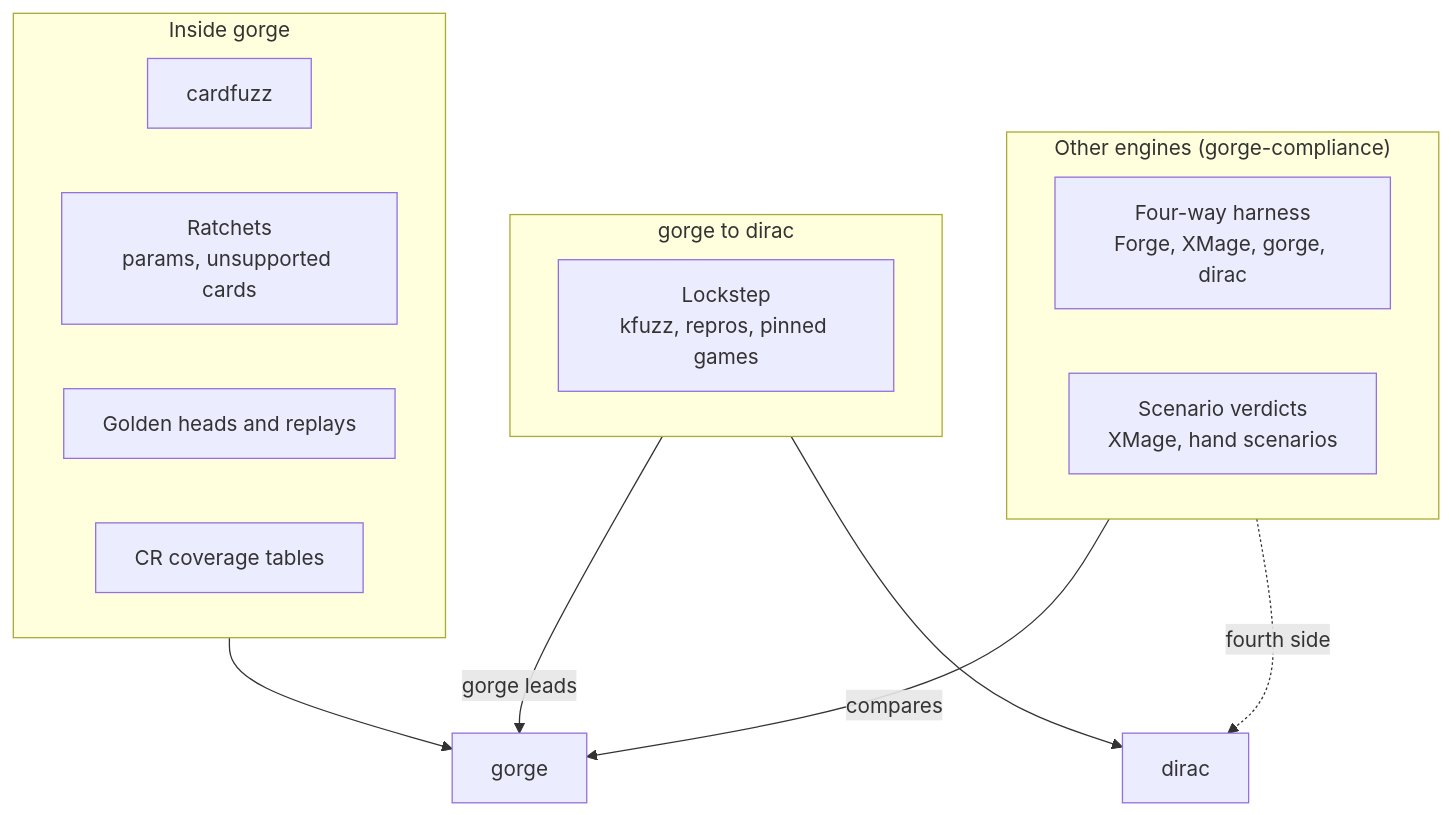
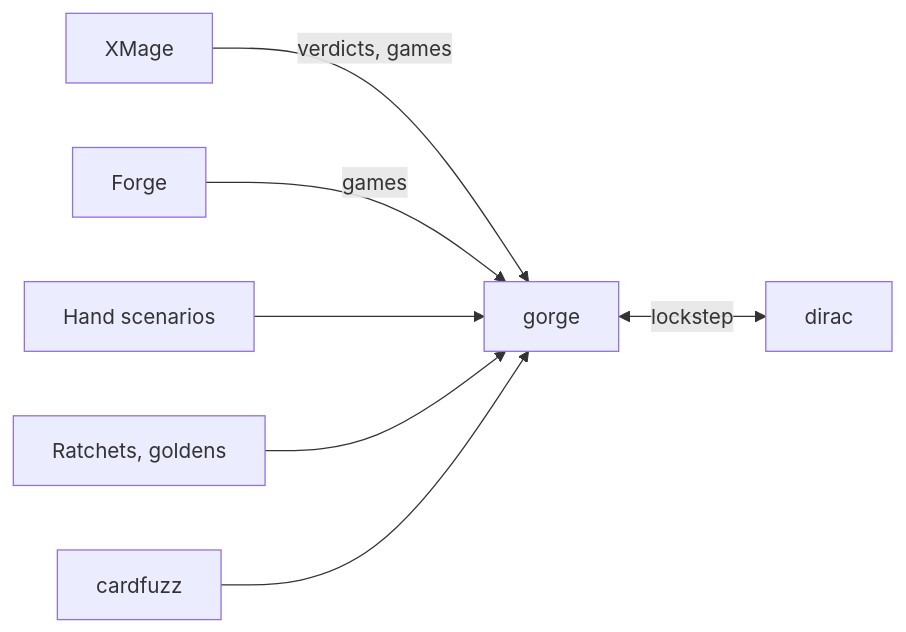
The diagram in docs/site/compliance/index.md (adams-shaun/gorge), drawn with Mermaid before and after one commit. The commit also changed other lines of this file and 14 other files, not shown here.

````diff
--- a/docs/site/compliance/index.md
+++ b/docs/site/compliance/index.md
@@ -7,21 +8,9 @@
 ```mermaid
-flowchart TB
-  subgraph ext["Other engines (gorge-compliance)"]
-    h["Four-way harness<br/>Forge, XMage, gorge, dirac"]
-    o["Scenario verdicts<br/>XMage, hand scenarios"]
-  end
-  subgraph lock["gorge to dirac"]
-    l["Lockstep<br/>kfuzz, repros, pinned games"]
-  end
-  subgraph inside["Inside gorge"]
-    c["cardfuzz"]
-    r["Ratchets<br/>params, unsupported cards"]
-    g["Golden heads and replays"]
-    cr["CR coverage tables"]
-  end
-  inside --> gorge["gorge"]
-  ext -->|"compares"| gorge
-  lock -->|"gorge leads"| gorge
-  lock --> dirac["dirac"]
-  ext -.->|"fourth side"| dirac
+flowchart LR
+  X["XMage"] -->|"verdicts, games"| G["gorge"]
+  F["Forge"] -->|"games"| G
+  S["Hand scenarios"] --> G
+  R["Ratchets, goldens"] --> G
+  Z["cardfuzz"] --> G
+  G <-->|"lockstep"| D["dirac"]
 ```
````
